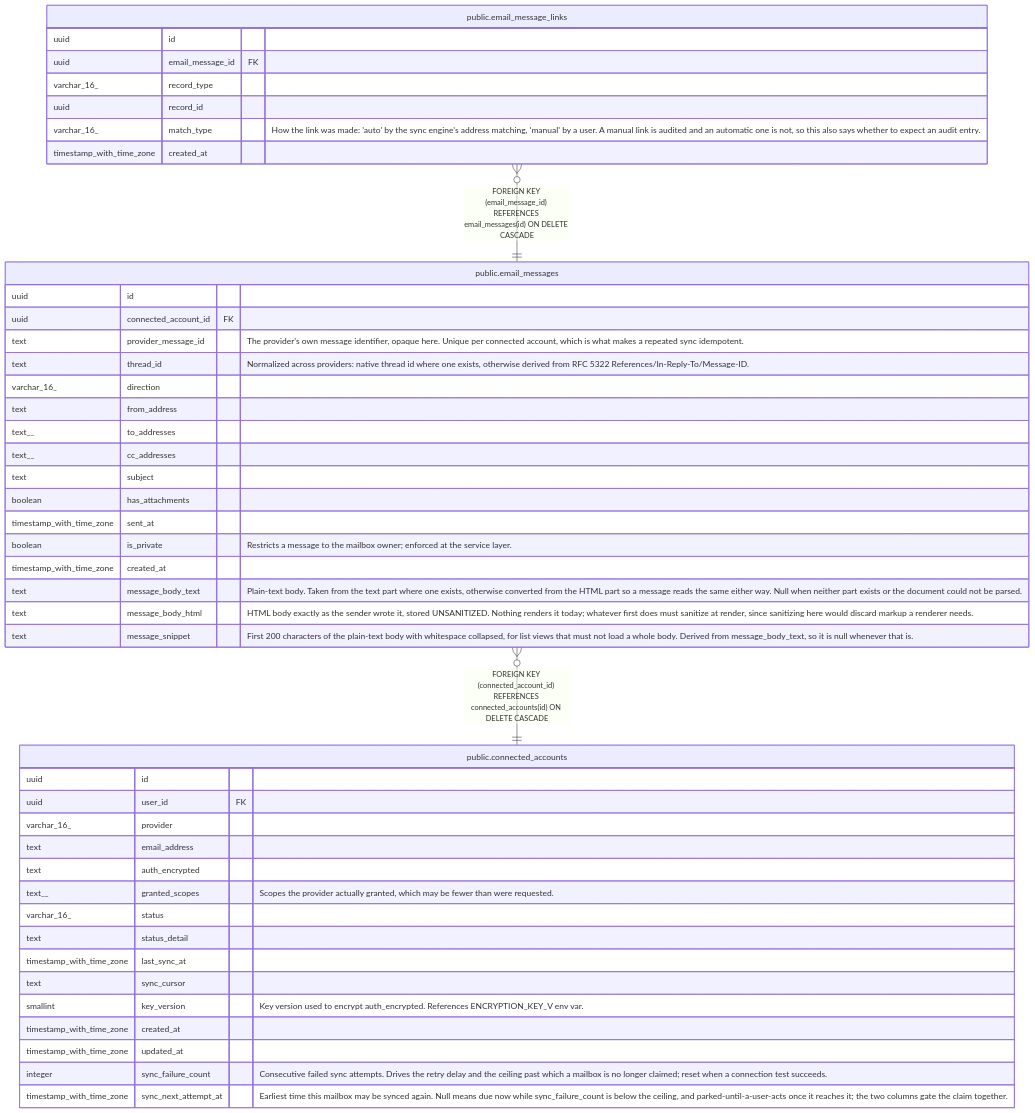
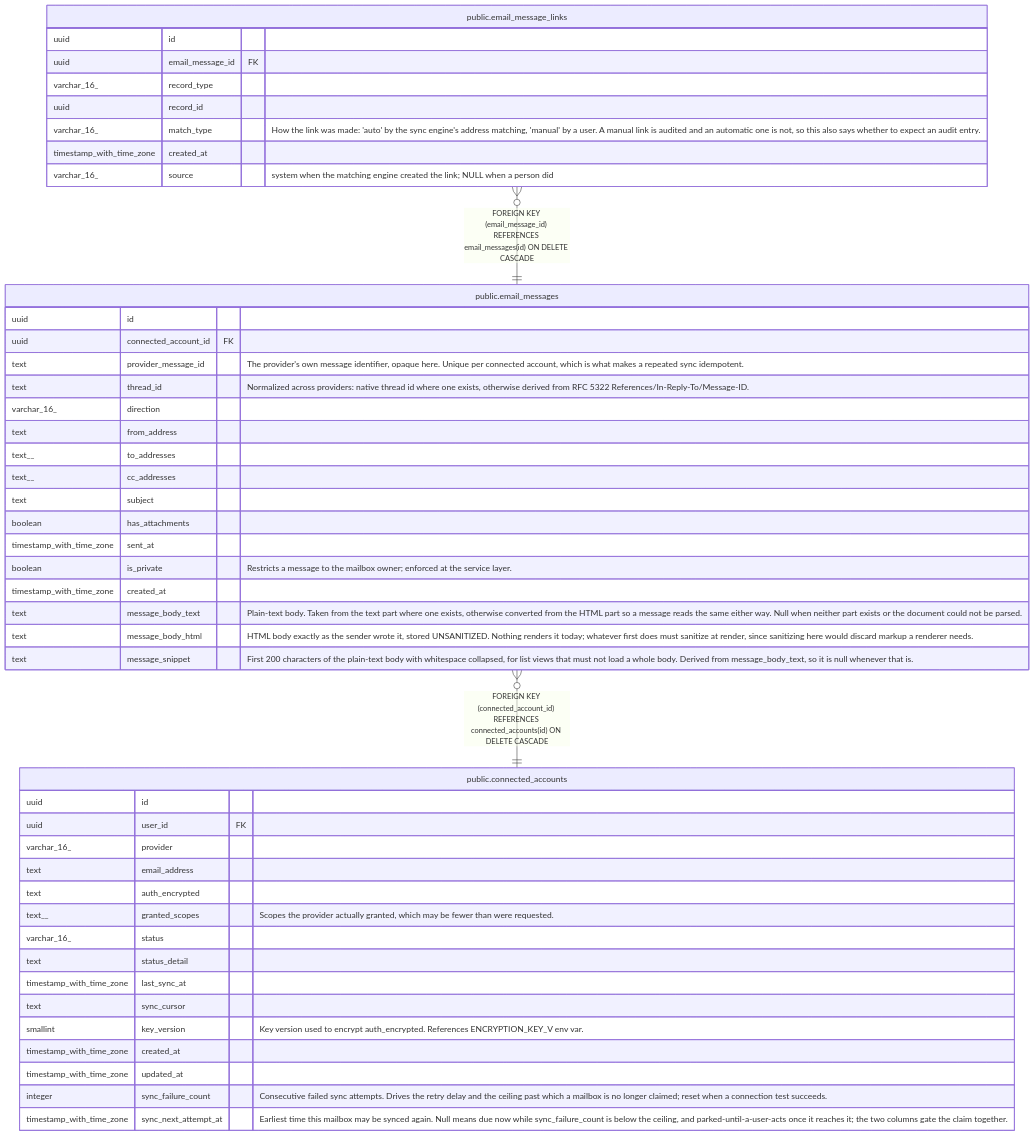
One commit to rkseattle/minicrm changed the diagram in docs/schema/public.email_messages.md. Above: the diagram before and after it, drawn with Mermaid. The commit also changed 11 other files, not shown here.

````diff
--- a/docs/schema/public.email_messages.md
+++ b/docs/schema/public.email_messages.md
@@ -50,50 +50,51 @@
 ```mermaid
 erDiagram
 
 "public.email_message_links" }o--|| "public.email_messages" : "FOREIGN KEY (email_message_id) REFERENCES email_messages(id) ON DELETE CASCADE"
 "public.email_messages" }o--|| "public.connected_accounts" : "FOREIGN KEY (connected_account_id) REFERENCES connected_accounts(id) ON DELETE CASCADE"
 
 "public.email_messages" {
   uuid id ""
   uuid connected_account_id FK ""
   text provider_message_id "The provider's own message identifier, opaque here. Unique per connected account, which is what makes a repeated sync idempotent."
   text thread_id "Normalized across providers: native thread id where one exists, otherwise derived from RFC 5322 References/In-Reply-To/Message-ID."
   varchar_16_ direction ""
   text from_address ""
   text__ to_addresses ""
   text__ cc_addresses ""
   text subject ""
   boolean has_attachments ""
   timestamp_with_time_zone sent_at ""
   boolean is_private "Restricts a message to the mailbox owner; enforced at the service layer."
   timestamp_with_time_zone created_at ""
   text message_body_text "Plain-text body. Taken from the text part where one exists, otherwise converted from the HTML part so a message reads the same either way. Null when neither part exists or the document could not be parsed."
   text message_body_html "HTML body exactly as the sender wrote it, stored UNSANITIZED. Nothing renders it today; whatever first does must sanitize at render, since sanitizing here would discard markup a renderer needs."
   text message_snippet "First 200 characters of the plain-text body with whitespace collapsed, for list views that must not load a whole body. Derived from message_body_text, so it is null whenever that is."
 }
 "public.email_message_links" {
   uuid id ""
   uuid email_message_id FK ""
   varchar_16_ record_type ""
   uuid record_id ""
   varchar_16_ match_type "How the link was made: 'auto' by the sync engine's address matching, 'manual' by a user. A manual link is audited and an automatic one is not, so this also says whether to expect an audit entry."
   timestamp_with_time_zone created_at ""
+  varchar_16_ source "system when the matching engine created the link; NULL when a person did"
 }
 "public.connected_accounts" {
   uuid id ""
   uuid user_id FK ""
   varchar_16_ provider ""
   text email_address ""
   text auth_encrypted ""
   text__ granted_scopes "Scopes the provider actually granted, which may be fewer than were requested."
   varchar_16_ status ""
   text status_detail ""
   timestamp_with_time_zone last_sync_at ""
   text sync_cursor ""
   smallint key_version "Key version used to encrypt auth_encrypted. References ENCRYPTION_KEY_V<n> env var."
   timestamp_with_time_zone created_at ""
   timestamp_with_time_zone updated_at ""
   integer sync_failure_count "Consecutive failed sync attempts. Drives the retry delay and the ceiling past which a mailbox is no longer claimed; reset when a connection test succeeds."
   timestamp_with_time_zone sync_next_attempt_at "Earliest time this mailbox may be synced again. Null means due now while sync_failure_count is below the ceiling, and parked-until-a-user-acts once it reaches it; the two columns gate the claim together."
 }
 ```
````
